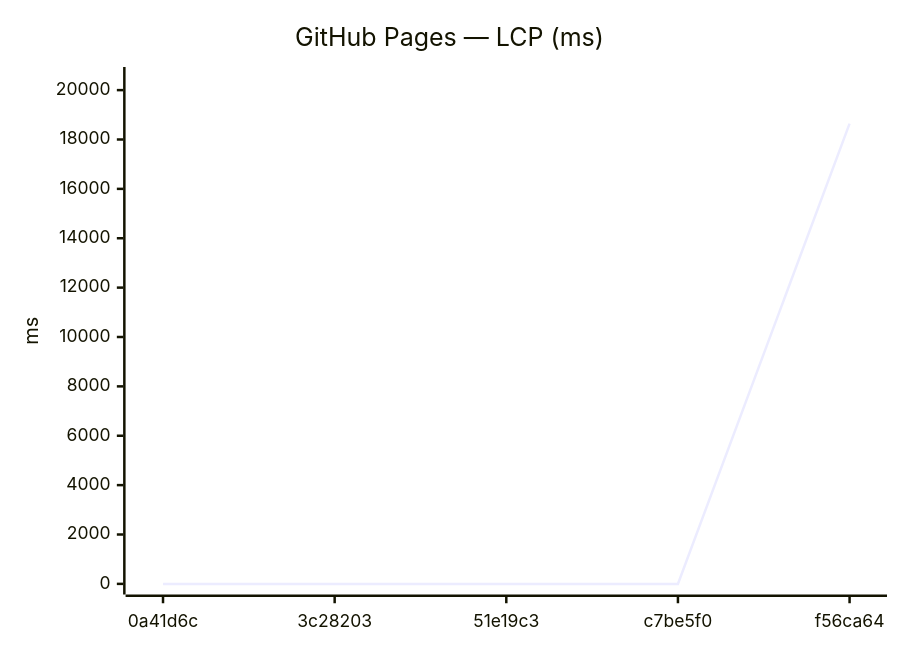
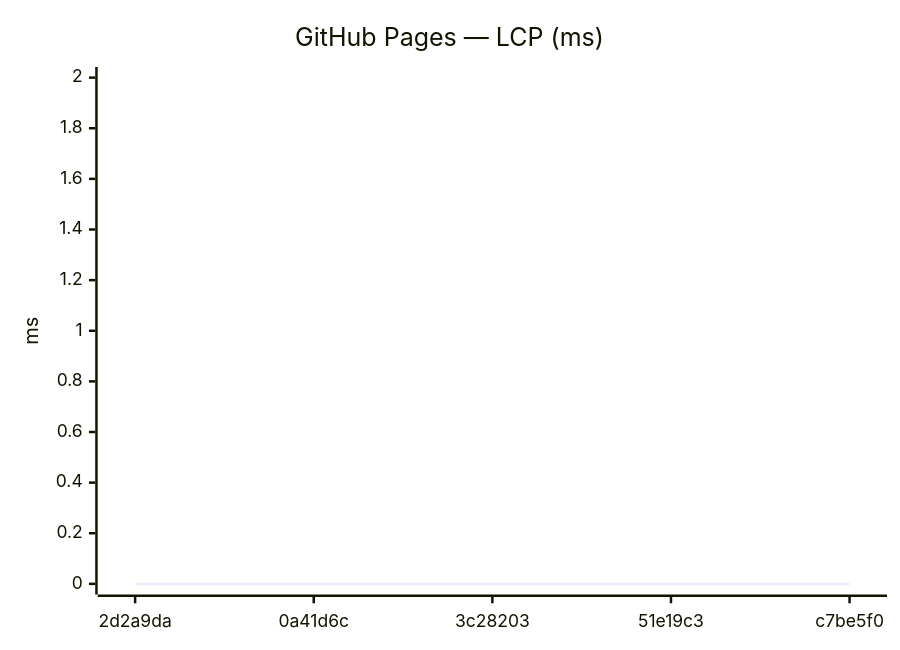
One commit to Metaheurist/Rianell changed the ninth of 18 diagrams in benchmarks/compare.md. Above: the diagram before and after it, drawn with Mermaid. The commit also changed other lines of this file and 11 other files, not shown here.

````diff
--- a/benchmarks/compare.md
+++ b/benchmarks/compare.md
@@ -142,7 +142,7 @@
 ```mermaid
 xychart-beta
     title "GitHub Pages — LCP (ms)"
-    x-axis ["0a41d6c", "3c28203", "51e19c3", "c7be5f0", "f56ca64"]
-    y-axis "ms" 0 --> 20506
-    line [0, 0, 0, 0, 18641]
+    x-axis ["2d2a9da", "0a41d6c", "3c28203", "51e19c3", "c7be5f0"]
+    y-axis "ms" 0 --> 2
+    line [0, 0, 0, 0, 0]
 ```
````
